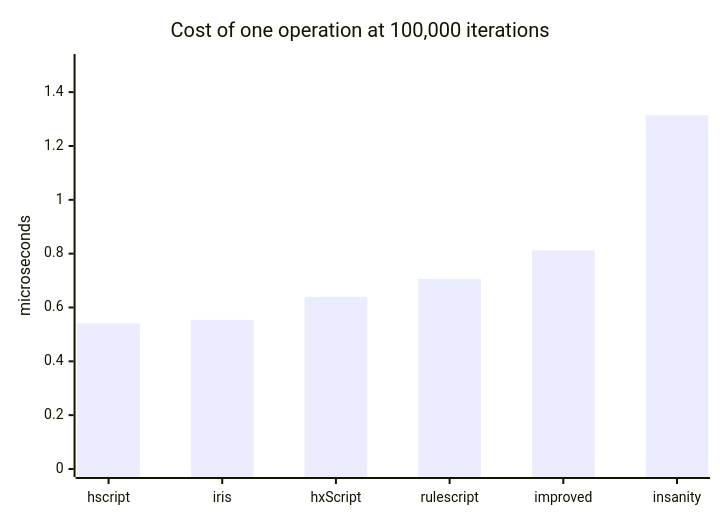
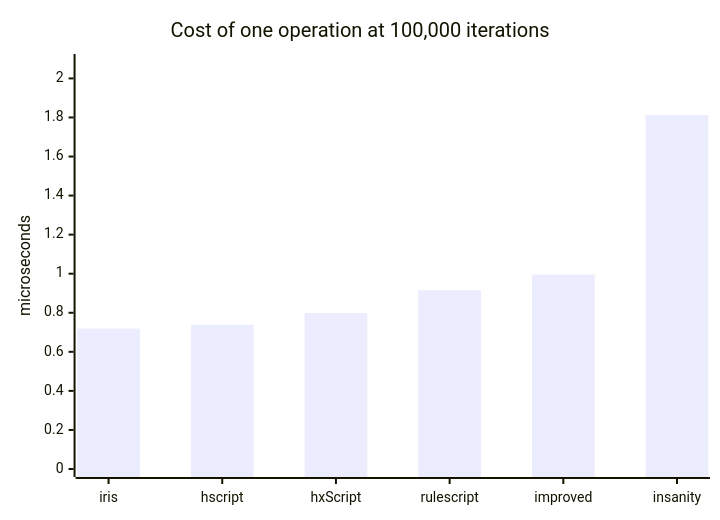
The first of 2 diagrams in docs/benchmarks.md (MeguminBOT/hxscript), drawn with Mermaid before and after one commit. The commit also changed other lines of this file and 4 other files, not shown here.

````diff
--- a/docs/benchmarks.md
+++ b/docs/benchmarks.md
@@ -192,7 +203,7 @@
 ```mermaid
 xychart-beta
     title "Cost of one operation at 100,000 iterations"
-    x-axis ["hscript", "iris", "hxScript", "rulescript", "improved", "insanity"]
-    y-axis "microseconds" 0 --> 1.512
-    bar [0.541, 0.554, 0.640, 0.706, 0.812, 1.315]
+    x-axis ["iris", "hscript", "hxScript", "rulescript", "improved", "insanity"]
+    y-axis "microseconds" 0 --> 2.084
+    bar [0.719, 0.739, 0.798, 0.916, 0.996, 1.812]
 ```
````
